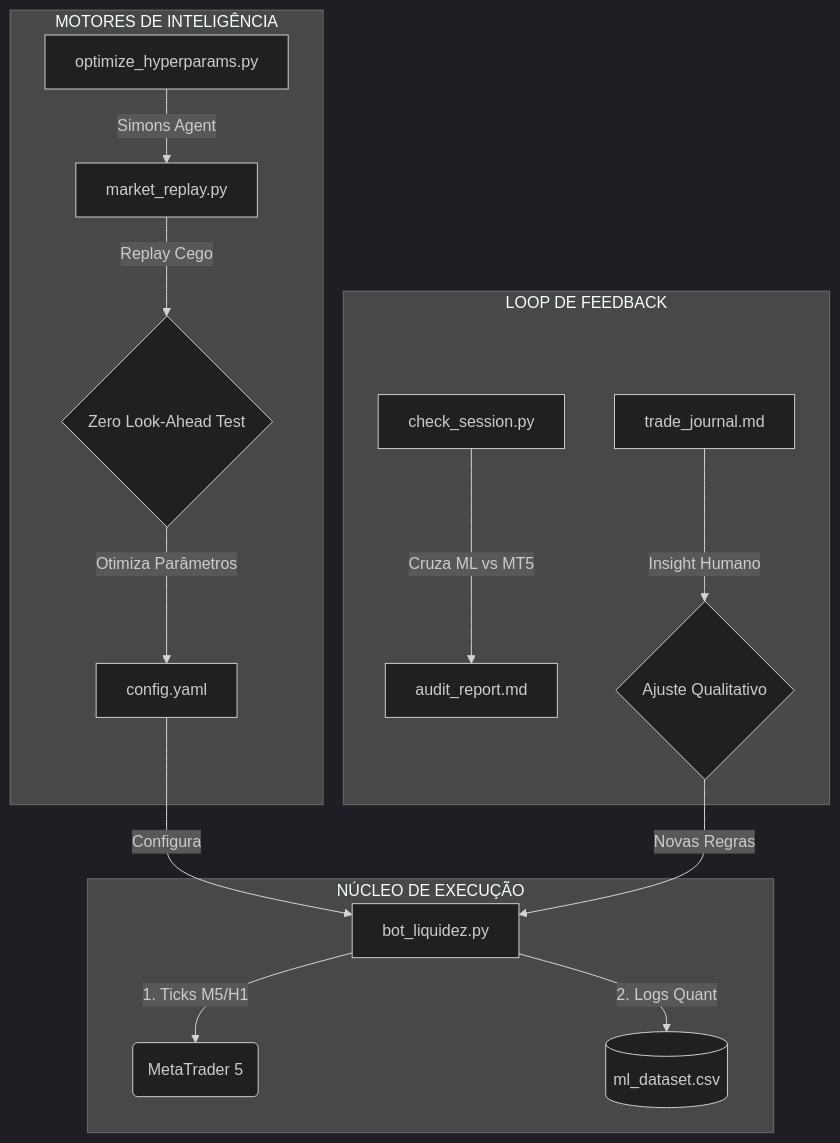
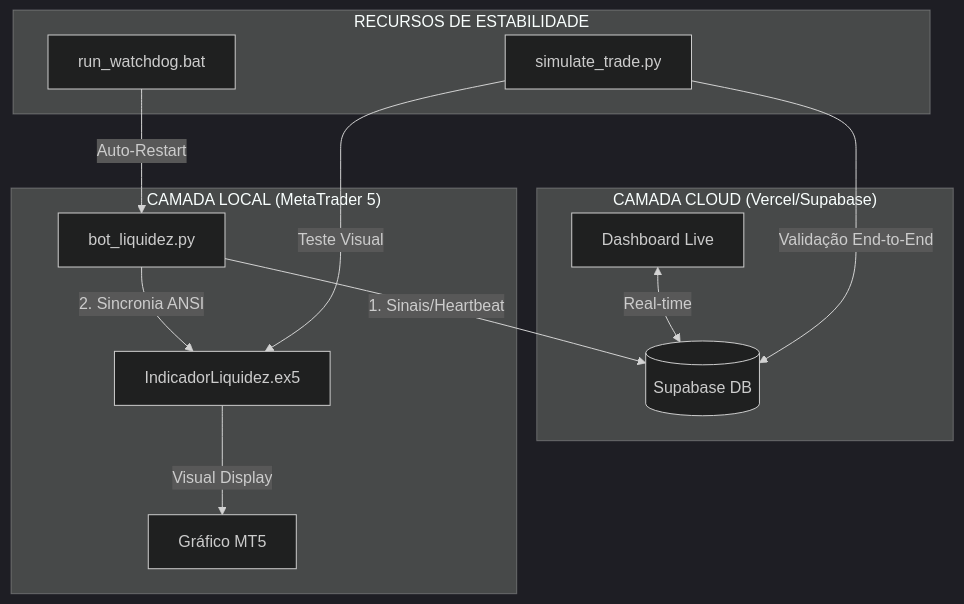
Before and after one commit to tiagoelesbao/trade: the diagram in squads/trade-liquidez-python/docs/README_SQUAD.md, drawn with Mermaid (dark theme). The commit also changed other lines of this file and 10 other files, not shown here.

Commit message:
feat: implement flexible filters and diagnosis tools in trade-liquidez squad

````diff
--- a/squads/trade-liquidez-python/docs/README_SQUAD.md
+++ b/squads/trade-liquidez-python/docs/README_SQUAD.md
@@ -12,20 +15,18 @@
 ```mermaid
 graph TD
-    subgraph "NÚCLEO DE EXECUÇÃO"
-    A[bot_liquidez.py] -->|1. Ticks M5/H1| B(MetaTrader 5)
-    A -->|2. Logs Quant| C[(ml_dataset.csv)]
+    subgraph "CAMADA CLOUD (Vercel/Supabase)"
+    A[Dashboard Live] <-->|Real-time| B[(Supabase DB)]
     end
 
-    subgraph "MOTORES DE INTELIGÊNCIA"
-    D[market_replay.py] -->|Replay Cego| E{Zero Look-Ahead Test}
-    F[optimize_hyperparams.py] -->|Simons Agent| D
-    E -->|Otimiza Parâmetros| G[config.yaml]
-    G -->|Configura| A
+    subgraph "CAMADA LOCAL (MetaTrader 5)"
+    C[bot_liquidez.py] -->|1. Sinais/Heartbeat| B
+    C -->|2. Sincronia ANSI| D[IndicadorLiquidez.ex5]
+    D -->|Visual Display| E[Gráfico MT5]
     end
 
-    subgraph "LOOP DE FEEDBACK"
-    H[check_session.py] -->|Cruza ML vs MT5| I[audit_report.md]
-    J[trade_journal.md] -->|Insight Humano| K{Ajuste Qualitativo}
-    K -->|Novas Regras| A
+    subgraph "RECURSOS DE ESTABILIDADE"
+    F[simulate_trade.py] -->|Validação End-to-End| B
+    F -->|Teste Visual| D
+    G[run_watchdog.bat] -->|Auto-Restart| C
     end
 ```
````
